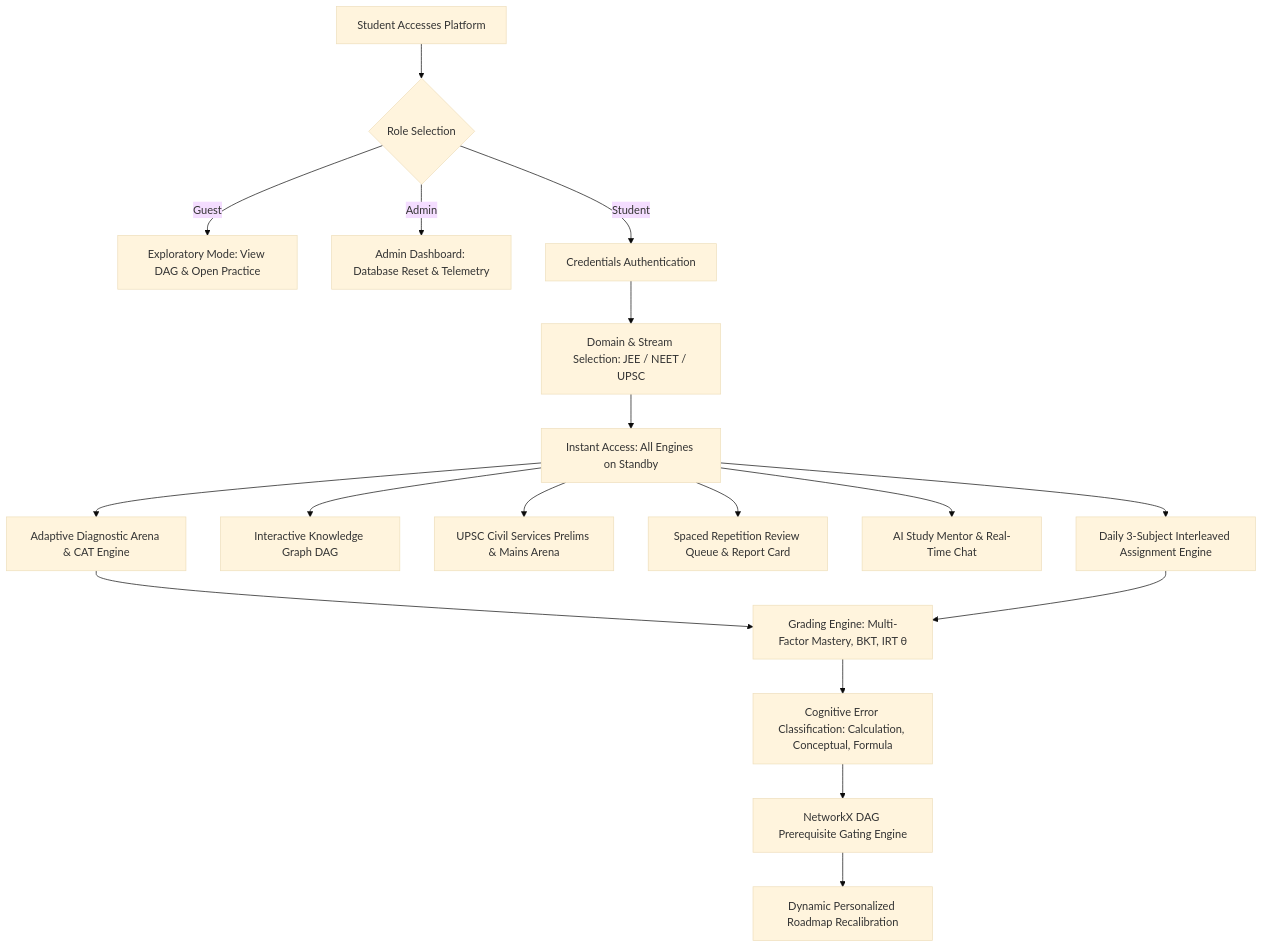
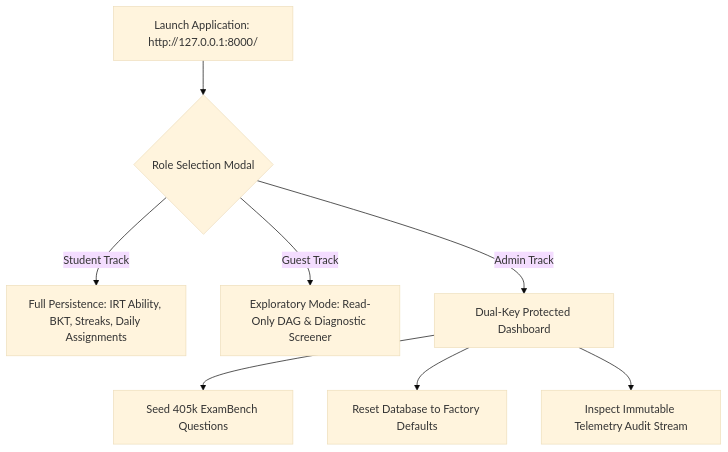
The first of 3 diagrams in SYSTEM_MANUAL_AND_ARCHITECTURE.md (CodeStrikerMayank/APEX), drawn with Mermaid (base theme) before and after one commit. The commit also changed other lines of this file and 14 other files, not shown here.

Commit message:
feat: implement backend architecture with modular AI, roadmap, and assessment engines

````diff
--- a/SYSTEM_MANUAL_AND_ARCHITECTURE.md
+++ b/SYSTEM_MANUAL_AND_ARCHITECTURE.md
@@ -53,23 +168,10 @@
 ```mermaid
 flowchart TD
-    A[Student Accesses Platform] --> B{Role Selection}
-    B -->|Guest| C[Exploratory Mode: View DAG & Open Practice]
-    B -->|Admin| D[Admin Dashboard: Database Reset & Telemetry]
-    B -->|Student| E[Credentials Authentication]
-    
-    E --> F[Domain & Stream Selection: JEE / NEET / UPSC]
-    F --> G[Instant Access: All Engines on Standby]
-    
-    G --> P[Daily 3-Subject Interleaved Assignment Engine]
-    G --> Q[Interactive Knowledge Graph DAG]
-    G --> R[UPSC Civil Services Prelims & Mains Arena]
-    G --> S[Spaced Repetition Review Queue & Report Card]
-    G --> T[AI Study Mentor & Real-Time Chat]
-    G --> U[Adaptive Diagnostic Arena & CAT Engine]
-    
-    U --> L[Grading Engine: Multi-Factor Mastery, BKT, IRT θ]
-    P --> L
-    L --> M[Cognitive Error Classification: Calculation, Conceptual, Formula]
-    M --> N[NetworkX DAG Prerequisite Gating Engine]
-    N --> O[Dynamic Personalized Roadmap Recalibration]
+    A[Launch Application: http://127.0.0.1:8000/] --> B{Role Selection Modal}
+    B -->|Student Track| C[Full Persistence: IRT Ability, BKT, Streaks, Daily Assignments]
+    B -->|Guest Track| D[Exploratory Mode: Read-Only DAG & Diagnostic Screener]
+    B -->|Admin Track| E[Dual-Key Protected Dashboard]
+    E --> F[Seed 405k ExamBench Questions]
+    E --> G[Reset Database to Factory Defaults]
+    E --> H[Inspect Immutable Telemetry Audit Stream]
 ```
````
